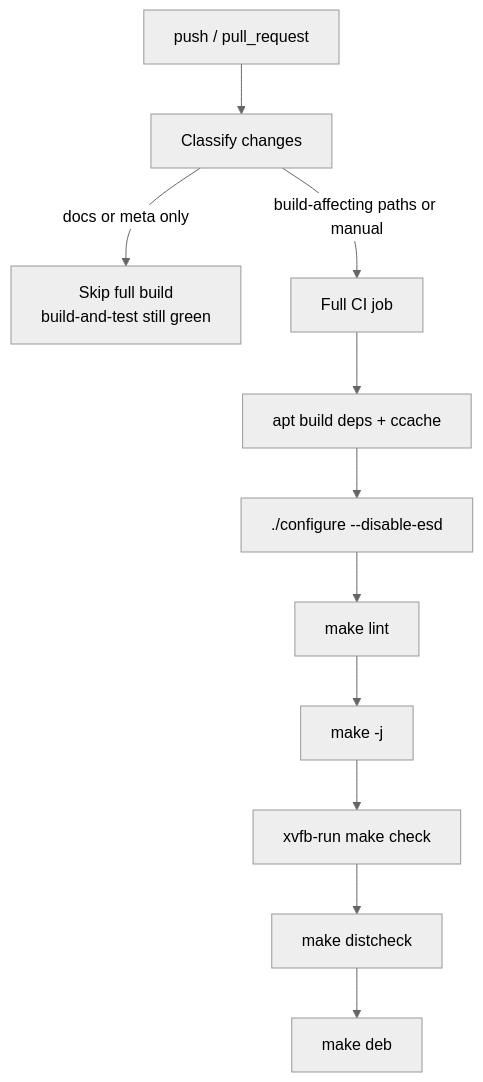
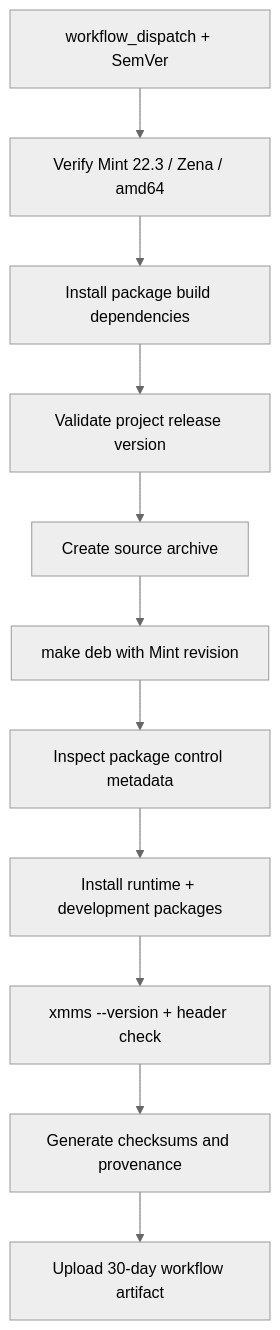
One commit to tuunanet/xmms-gtk2 changed the fourth of 4 diagrams in docs/architecture/build-and-test.md. Above: the diagram before and after it, drawn with Mermaid (neutral theme). The commit also changed other lines of this file and 15 other files, not shown here.

First line of the commit message:
feat(packaging): add manual Linux Mint package workflow

````diff
--- a/docs/architecture/build-and-test.md
+++ b/docs/architecture/build-and-test.md
@@ -210,13 +213,13 @@
 ```mermaid
 flowchart TB
-    P["push / pull_request"] --> CL[Classify changes]
-    CL -->|docs or meta only| SKIP["Skip full build<br/>build-and-test still green"]
-    CL -->|build-affecting paths or manual| FULL[Full CI job]
-    FULL --> DEP[apt build deps + ccache]
-    DEP --> CFG["./configure --disable-esd"]
-    CFG --> LINT["make lint"]
-    LINT --> BLD[make -j]
-    BLD --> TST["xvfb-run make check"]
-    TST --> DC[make distcheck]
-    DC --> DEB[make deb]
+    M["workflow_dispatch + SemVer"] --> ID[Verify Mint 22.3 / Zena / amd64]
+    ID --> DEP[Install package build dependencies]
+    DEP --> VER[Validate project release version]
+    VER --> DIST[Create source archive]
+    DIST --> DEB["make deb with Mint revision"]
+    DEB --> INSPECT[Inspect package control metadata]
+    INSPECT --> INSTALL[Install runtime + development packages]
+    INSTALL --> SMOKE["xmms --version + header check"]
+    SMOKE --> SUM[Generate checksums and provenance]
+    SUM --> ART[Upload 30-day workflow artifact]
 ```
````
